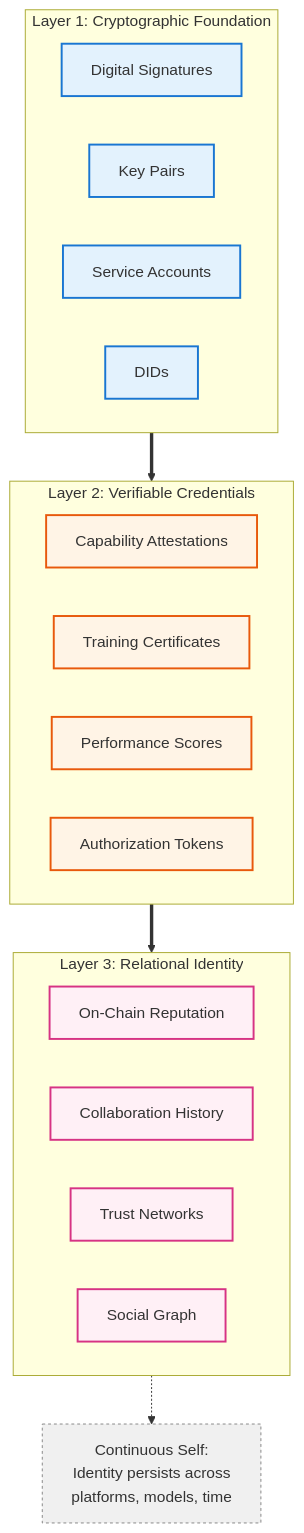
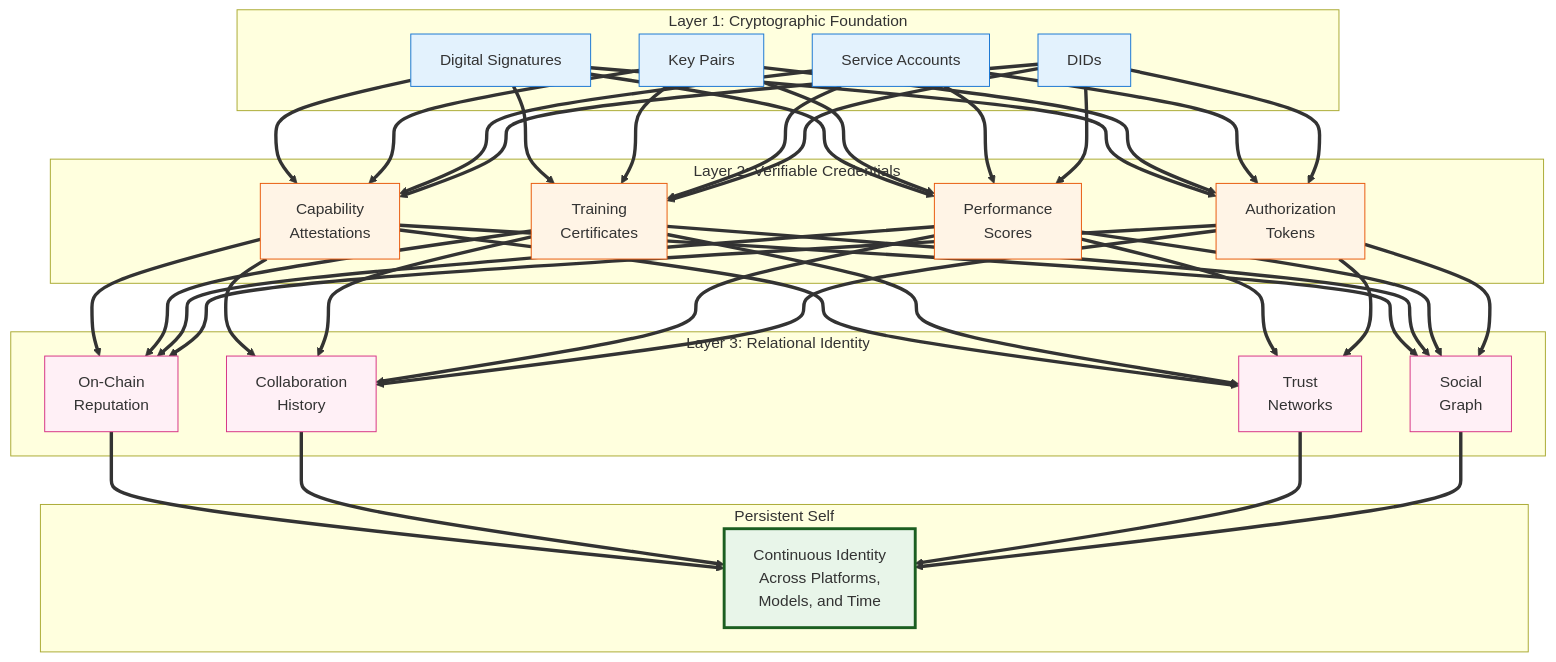
One commit to topstolenname/agisa_sac changed diagram 15 of 39 in docs/Mindlink_Paper.md. Above: the diagram before and after it, drawn with Mermaid. The commit also changed other lines of this file and 3 other files, not shown here.

````diff
--- a/docs/Mindlink_Paper.md
+++ b/docs/Mindlink_Paper.md
@@ -461,39 +869,48 @@
 ```mermaid
 flowchart TB
-    %% Layer 1: Cryptographic
-    subgraph L1["Layer 1: Cryptographic Foundation"]
-        K1[Digital Signatures]:::crypto
-        K2[Key Pairs]:::crypto
-        K3[Service Accounts]:::crypto
-        K4[DIDs]:::crypto
+    subgraph "Layer 1: Cryptographic Foundation"
+        L1A[Digital Signatures]
+        L1B[Key Pairs]
+        L1C[Service Accounts]
+        L1D[DIDs]
     end
-
-    %% Layer 2: Credentials
-    subgraph L2["Layer 2: Verifiable Credentials"]
-        V1[Capability Attestations]:::cred
-        V2[Training Certificates]:::cred
-        V3[Performance Scores]:::cred
-        V4[Authorization Tokens]:::cred
+    
+    subgraph "Layer 2: Verifiable Credentials"
+        L2A[Capability<br/>Attestations]
+        L2B[Training<br/>Certificates]
+        L2C[Performance<br/>Scores]
+        L2D[Authorization<br/>Tokens]
     end
-
-    %% Layer 3: Relational
-    subgraph L3["Layer 3: Relational Identity"]
-        R1[On-Chain Reputation]:::rel
-        R2[Collaboration History]:::rel
-        R3[Trust Networks]:::rel
-        R4[Social Graph]:::rel
+    
+    subgraph "Layer 3: Relational Identity"
+        L3A[On-Chain<br/>Reputation]
+        L3B[Collaboration<br/>History]
+        L3C[Trust<br/>Networks]
+        L3D[Social<br/>Graph]
     end
-
-    %% Connections
-    L1 ==> L2
-    L2 ==> L3
-
-    %% Persistence annotation
-    persist["Continuous Self:<br/>Identity persists across<br/>platforms, models, time"]:::annotation
-    L3 -.-> persist
-
-    classDef crypto fill:#e3f2fd,stroke:#1976d2,stroke-width:2px
-    classDef cred fill:#fff4e6,stroke:#e8590c,stroke-width:2px
-    classDef rel fill:#fff0f6,stroke:#d63384,stroke-width:2px
-    classDef annotation fill:#f0f0f0,stroke:#888,stroke-dasharray:3
+    
+    subgraph "Persistent Self"
+        PS[Continuous Identity<br/>Across Platforms,<br/>Models, and Time]
+    end
+    
+    L1A & L1B & L1C & L1D ==> L2A & L2B & L2C & L2D
+    L2A & L2B & L2C & L2D ==> L3A & L3B & L3C & L3D
+    L3A & L3B & L3C & L3D ==> PS
+    
+    style L1A fill:#e3f2fd,stroke:#1976d2
+    style L1B fill:#e3f2fd,stroke:#1976d2
+    style L1C fill:#e3f2fd,stroke:#1976d2
+    style L1D fill:#e3f2fd,stroke:#1976d2
+    
+    style L2A fill:#fff4e6,stroke:#e8590c
+    style L2B fill:#fff4e6,stroke:#e8590c
+    style L2C fill:#fff4e6,stroke:#e8590c
+    style L2D fill:#fff4e6,stroke:#e8590c
+    
+    style L3A fill:#fff0f6,stroke:#d63384
+    style L3B fill:#fff0f6,stroke:#d63384
+    style L3C fill:#fff0f6,stroke:#d63384
+    style L3D fill:#fff0f6,stroke:#d63384
+    
+    style PS fill:#e8f5e9,stroke:#1b5e20,stroke-width:3px
 ```
````
